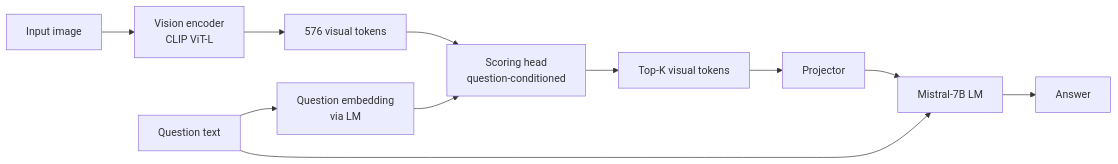
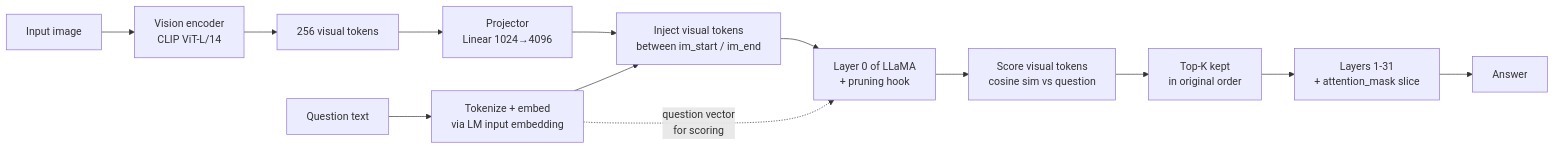
Before and after one commit to Leokuan0208/question-aware-vtp-medvlm: the diagram in docs/project.md, drawn with Mermaid. The commit also changed other lines of this file and 10 other files, not shown here.

````diff
--- a/docs/project.md
+++ b/docs/project.md
@@ -82,13 +82,15 @@
 ```mermaid
 flowchart LR
-  IMG[Input image] --> VE[Vision encoder<br/>CLIP ViT-L]
-  VE --> VT[576 visual tokens]
-  Q[Question text] --> QE[Question embedding<br/>via LM]
-  VT --> SCORE[Scoring head<br/>question-conditioned]
-  QE --> SCORE
-  SCORE --> KEEP[Top-K visual tokens]
-  KEEP --> PROJ[Projector]
-  Q --> LM
-  PROJ --> LM[Mistral-7B LM]
-  LM --> ANS[Answer]
+  IMG[Input image] --> VE[Vision encoder<br/>CLIP ViT-L/14]
+  VE --> VT[256 visual tokens]
+  Q[Question text] --> TOK[Tokenize + embed<br/>via LM input embedding]
+  VT --> PROJ[Projector<br/>Linear 1024→4096]
+  PROJ --> EMB[Inject visual tokens<br/>between im_start / im_end]
+  TOK --> EMB
+  EMB --> L0[Layer 0 of LLaMA<br/>+ pruning hook]
+  TOK -.->|question vector<br/>for scoring| L0
+  L0 --> SCORE[Score visual tokens<br/>cosine sim vs question]
+  SCORE --> KEEP[Top-K kept<br/>in original order]
+  KEEP --> L1[Layers 1-31<br/>+ attention_mask slice]
+  L1 --> ANS[Answer]
 ```
````
